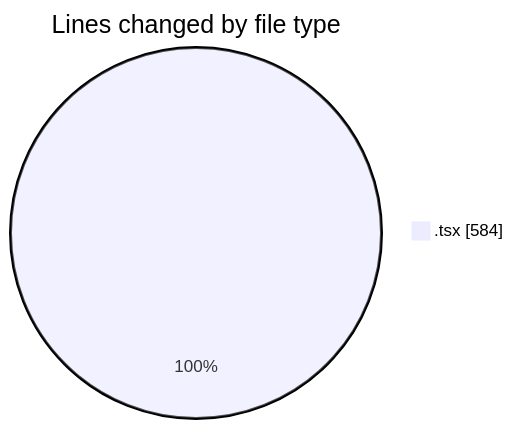
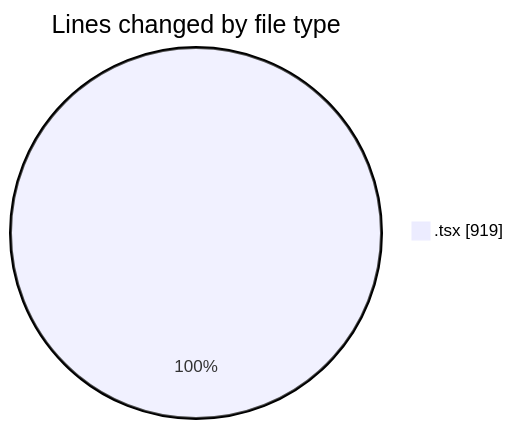
The first of 2 diagrams in 2025-06-13/cda/README.md (momahboobian/code-tracking), drawn with Mermaid before and after one commit. The commit also changed other lines of this file and 1 other file, not shown here.

````diff
--- a/2025-06-13/cda/README.md
+++ b/2025-06-13/cda/README.md
@@ -20,5 +21,5 @@
 ```mermaid
 pie showData
 title Lines changed by file type
-".tsx" : 584
+".tsx" : 919
 ```
````
